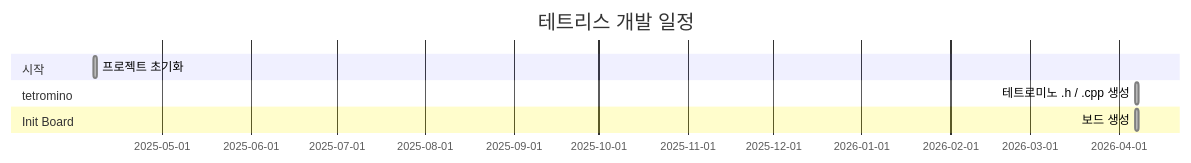
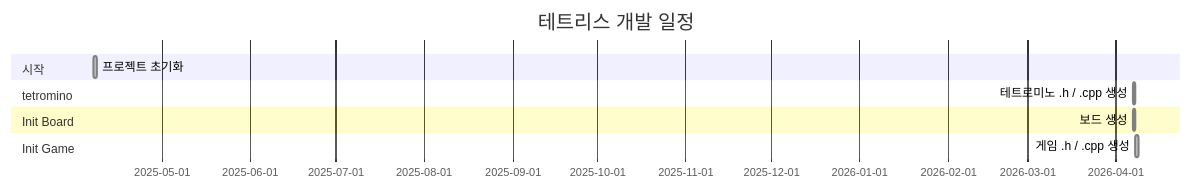
One commit to Chance031/Tetris-cpp changed the diagram in README.md. Above: the diagram before and after it, drawn with Mermaid. The commit also changed other lines of this file, not shown here.

Commit message:
docs: README 자동 업데이트 [skip ci]

````diff
--- a/README.md
+++ b/README.md
@@ -27,11 +27,13 @@
 ```mermaid
 gantt
     title 테트리스 개발 일정
     dateFormat YYYY-MM-DD
     section 시작
         프로젝트 초기화 :done, init, 2025-04-07, 1d
     section tetromino
         테트로미노 .h / .cpp 생성 :done, t16803, 2026-04-07, 1d
     section Init Board
         보드 생성 :done, t84048, 2026-04-07, 1d
+    section Init Game
+        게임 .h / .cpp 생성 :done, t91896, 2026-04-08, 1d
 ```
````
